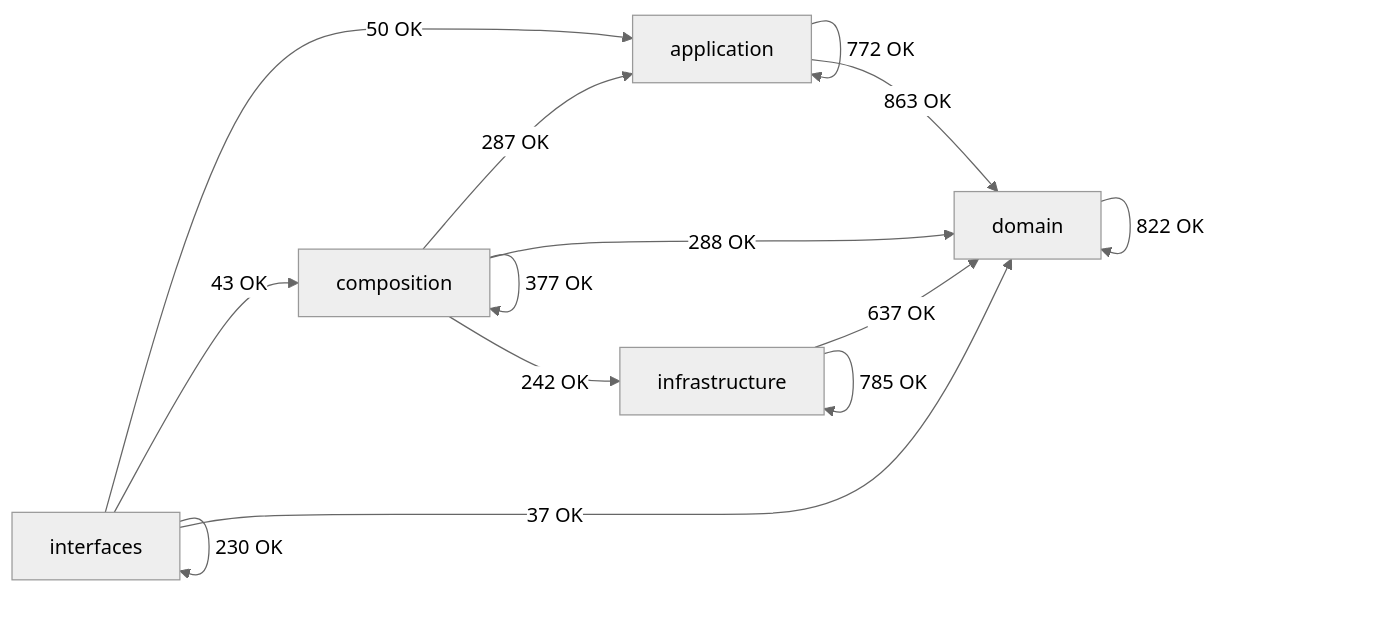
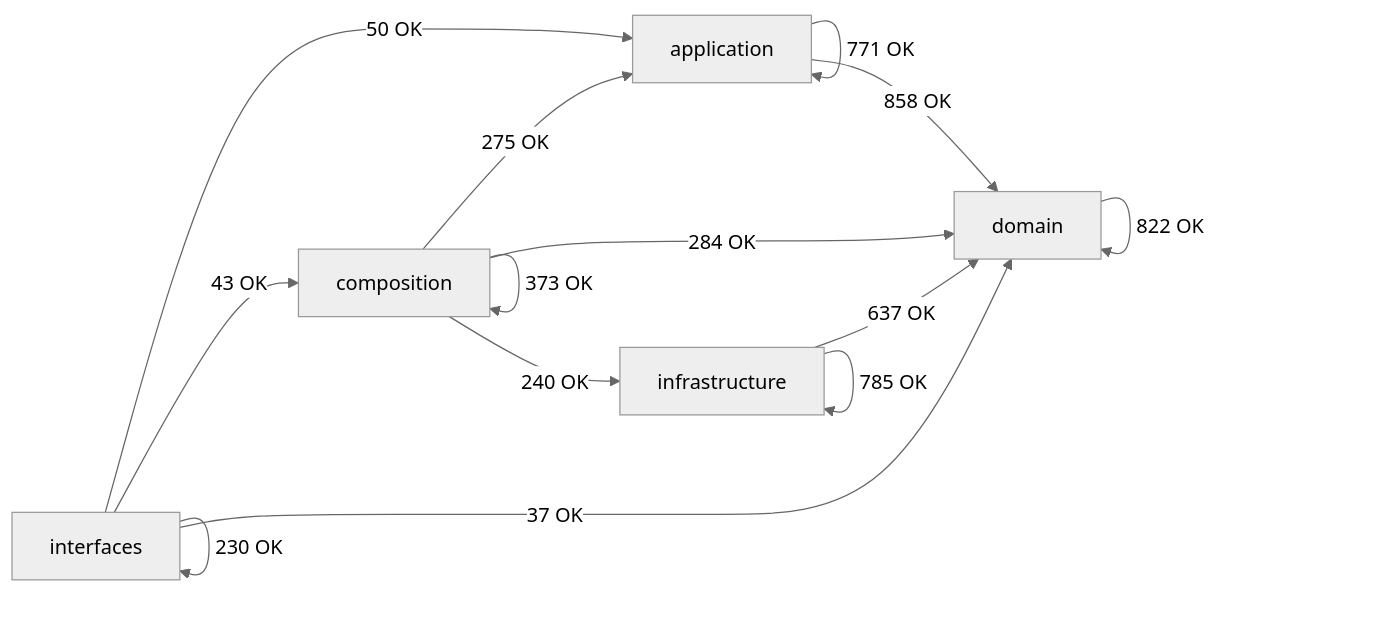
The diagram in docs/02-architecture/generated/module-dependency-map.md (SatoryKono/BioactivityDataAcquisition), drawn with Mermaid (neutral theme) before and after one commit. The commit also changed other lines of this file and 885 other files, not shown here.

````diff
--- a/docs/02-architecture/generated/module-dependency-map.md
+++ b/docs/02-architecture/generated/module-dependency-map.md
@@ -17,21 +17,21 @@
 ```mermaid
 flowchart LR
     domain[domain]
     application[application]
     infrastructure[infrastructure]
     composition[composition]
     interfaces[interfaces]
-    application -->|772 OK| application
-    application -->|863 OK| domain
-    composition -->|287 OK| application
-    composition -->|377 OK| composition
-    composition -->|288 OK| domain
-    composition -->|242 OK| infrastructure
+    application -->|771 OK| application
+    application -->|858 OK| domain
+    composition -->|275 OK| application
+    composition -->|373 OK| composition
+    composition -->|284 OK| domain
+    composition -->|240 OK| infrastructure
     domain -->|822 OK| domain
     infrastructure -->|637 OK| domain
     infrastructure -->|785 OK| infrastructure
     interfaces -->|50 OK| application
     interfaces -->|43 OK| composition
     interfaces -->|37 OK| domain
     interfaces -->|230 OK| interfaces
 ```
````
